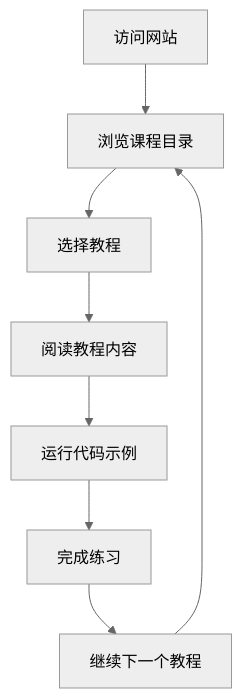
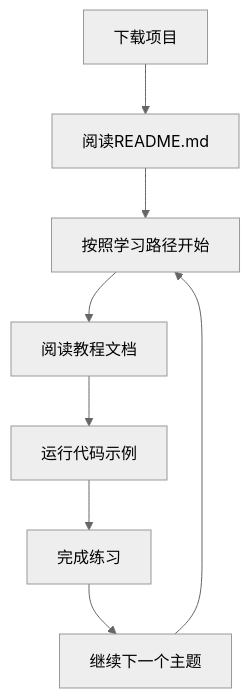
Before and after one commit to mehealing/study-pyhon: the diagram in .trae/documents/prd.md, drawn with Mermaid (neutral theme). The commit also changed other lines of this file and 14 other files, not shown here.

````diff
--- a/.trae/documents/prd.md
+++ b/.trae/documents/prd.md
@@ -42,10 +33,10 @@
 ```mermaid
 flowchart TD
-    A["访问网站"] --> B["浏览课程目录"]
-    B --> C["选择教程"]
-    C --> D["阅读教程内容"]
+    A["下载项目"] --> B["阅读README.md"]
+    B --> C["按照学习路径开始"]
+    C --> D["阅读教程文档"]
     D --> E["运行代码示例"]
     E --> F["完成练习"]
-    F --> G["继续下一个教程"]
-    G --> B
+    F --> G["继续下一个主题"]
+    G --> C
 ```
````
